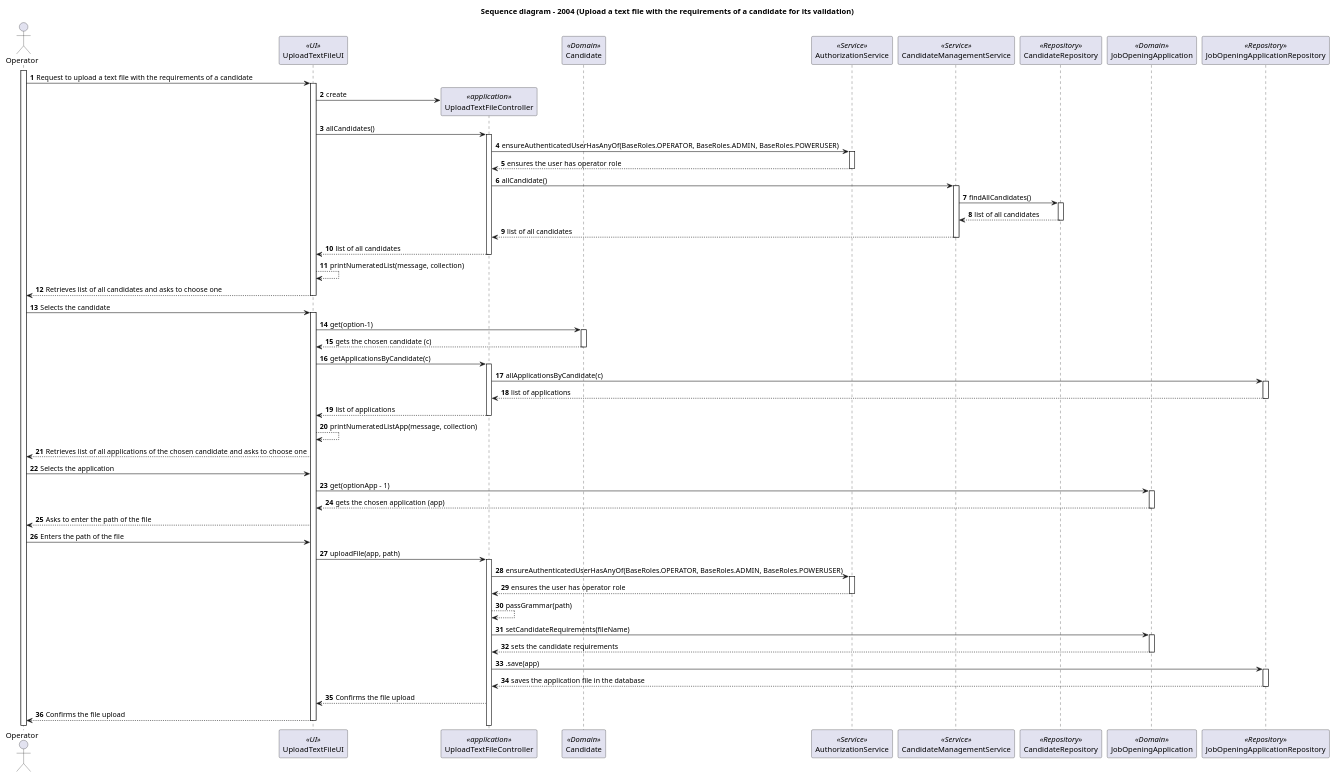
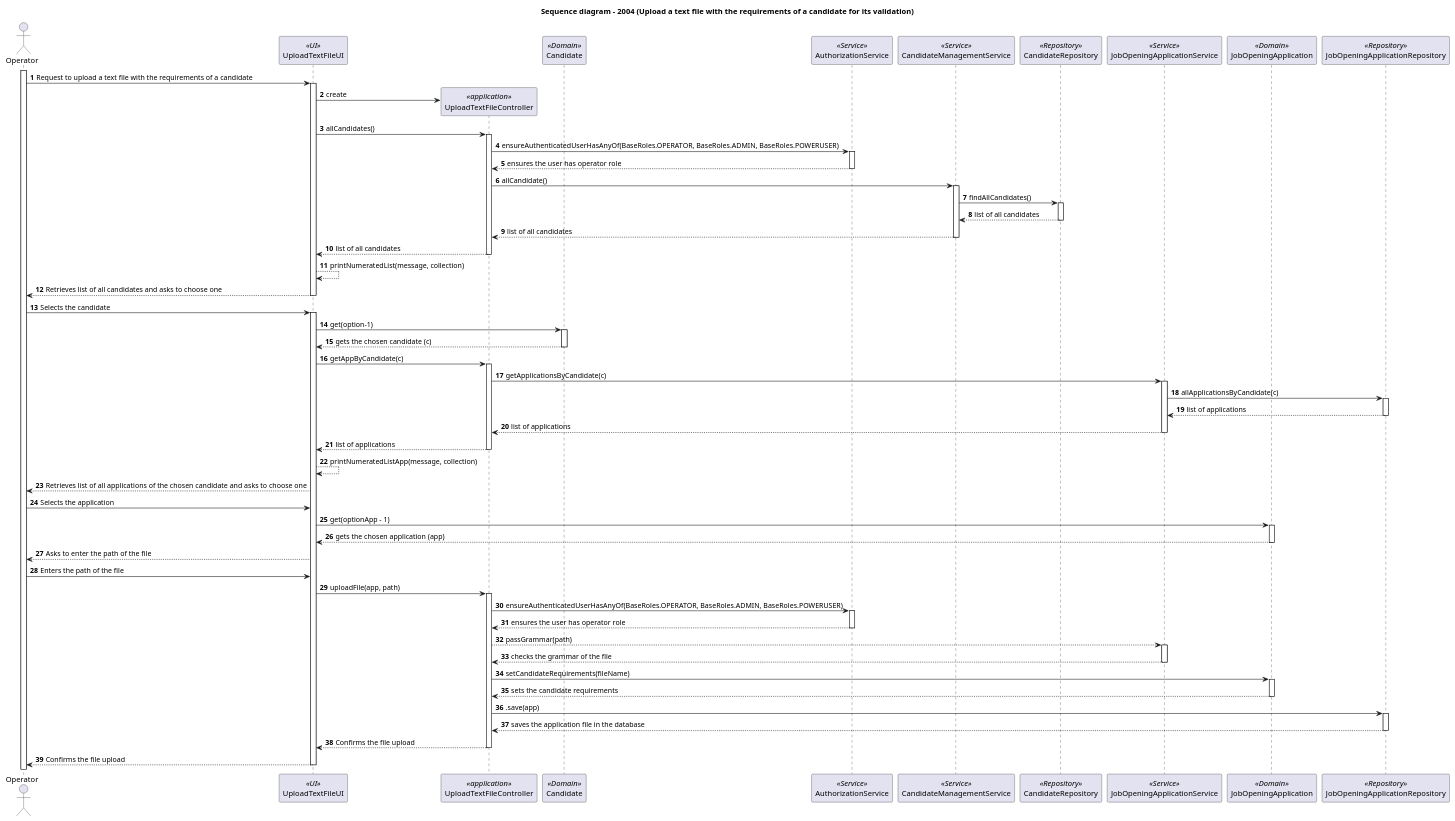
Before and after one commit to marcoferreira37/Lapr4: the diagram in docs/sprintC/2004/puml/2004-sequence-diagram.puml, drawn with PlantUML.

Commit message:
#48 last change in sequence diagram (service uploaded)

```diff
--- a/docs/sprintC/2004/puml/2004-sequence-diagram.puml
+++ b/docs/sprintC/2004/puml/2004-sequence-diagram.puml
@@ -1,79 +1,88 @@
 @startuml
 autonumber
 
 title "Sequence diagram - 2004 (Upload a text file with the requirements of a candidate for its validation)"
 actor Operator as Operator
 participant UploadTextFileUI as UI <<UI>>
 participant "UploadTextFileController" as CTRL <<application>>
 participant "Candidate" as C <<Domain>>
 participant "AuthorizationService" as AS <<Service>>
 participant "CandidateManagementService" as CMS <<Service>>
 participant "CandidateRepository" as CREPO <<Repository>>
+participant "JobOpeningApplicationService" as JOAS <<Service>>
 participant "JobOpeningApplication" as JOA <<Domain>>
 participant "JobOpeningApplicationRepository" as JOREPO <<Repository>>
 activate Operator
 Operator -> UI: Request to upload a text file with the requirements of a candidate
 activate UI
 UI-> CTRL**: create
 UI->CTRL:allCandidates()
 activate CTRL
 CTRL->AS:ensureAuthenticatedUserHasAnyOf(BaseRoles.OPERATOR, BaseRoles.ADMIN, BaseRoles.POWERUSER)
 activate AS
 AS--> CTRL: ensures the user has operator role
 deactivate AS
 CTRL->CMS:allCandidate()
 activate CMS
 CMS-> CREPO:findAllCandidates()
 activate CREPO
 CREPO--> CMS:list of all candidates
 deactivate CREPO
 CMS-->CTRL : list of all candidates
 deactivate CMS
 CTRL--> UI: list of all candidates
 deactivate CTRL
 UI-->UI:printNumeratedList(message, collection)
 UI --> Operator: Retrieves list of all candidates and asks to choose one
 deactivate UI
 Operator -> UI: Selects the candidate
 activate UI
 UI->C: get(option-1)
 activate C
 C--> UI: gets the chosen candidate (c)
 deactivate C
-UI->CTRL:getApplicationsByCandidate(c)
+UI->CTRL:getAppByCandidate(c)
 activate CTRL
-CTRL-> JOREPO: allApplicationsByCandidate(c)
+CTRL->JOAS :getApplicationsByCandidate(c)
+activate JOAS
+JOAS->JOREPO:allApplicationsByCandidate(c)
 activate JOREPO
-JOREPO-->CTRL: list of applications
+JOREPO-->JOAS: list of applications
 deactivate JOREPO
+JOAS-->CTRL: list of applications
+deactivate JOAS
 CTRL--> UI: list of applications
 deactivate CTRL
 UI-->UI:printNumeratedListApp(message, collection)
 UI--> Operator: Retrieves list of all applications of the chosen candidate and asks to choose one
 Operator->UI: Selects the application
 UI-> JOA: get(optionApp - 1)
 activate JOA
 JOA --> UI: gets the chosen application (app)
 deactivate JOA
 UI-->Operator: Asks to enter the path of the file
 Operator-> UI: Enters the path of the file
 UI->CTRL:uploadFile(app, path)
 activate CTRL
 CTRL->AS : ensureAuthenticatedUserHasAnyOf(BaseRoles.OPERATOR, BaseRoles.ADMIN, BaseRoles.POWERUSER)
 activate AS
 AS-->CTRL: ensures the user has operator role
 deactivate AS
-CTRL-->CTRL:passGrammar(path)
+CTRL-->JOAS:passGrammar(path)
+activate JOAS
+JOAS-->CTRL: checks the grammar of the file
+deactivate JOAS
 CTRL-> JOA:setCandidateRequirements(fileName)
 activate JOA
 JOA-->CTRL: sets the candidate requirements
 deactivate JOA
 CTRL-> JOREPO:.save(app)
 activate JOREPO
 JOREPO-->CTRL: saves the application file in the database
 deactivate JOREPO
 CTRL-->UI : Confirms the file upload
+deactivate CTRL
 UI --> Operator: Confirms the file upload
 deactivate UI
 
 @enduml
```
